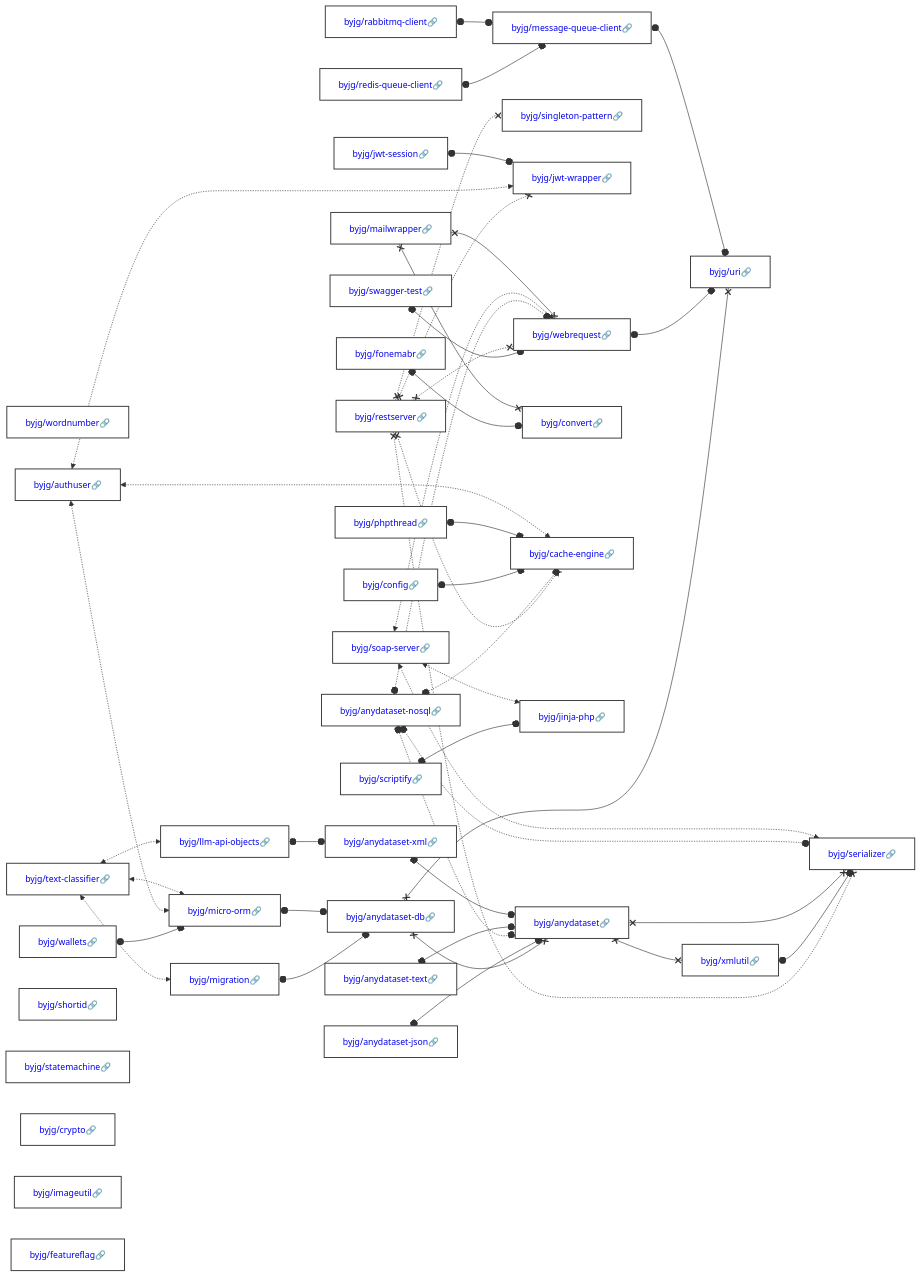
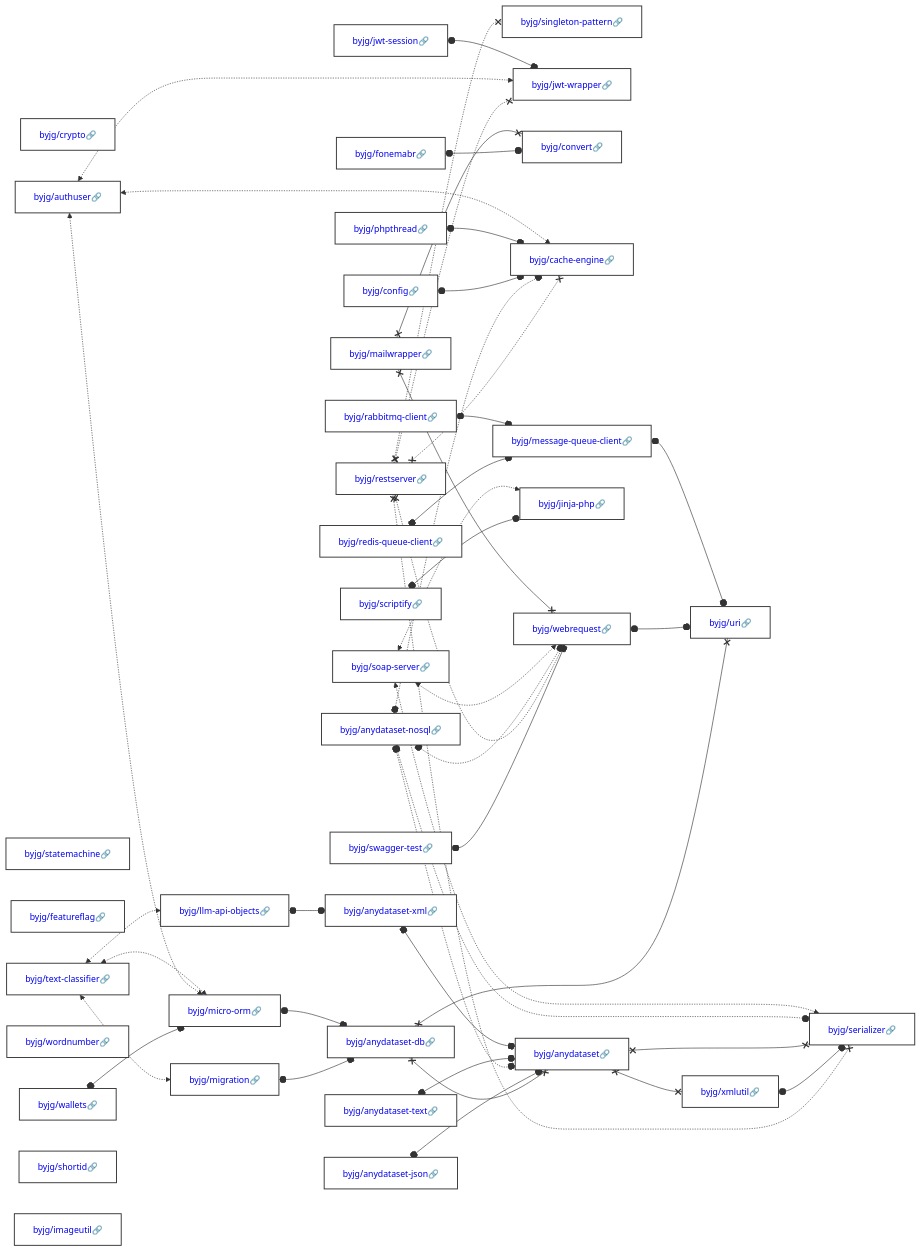
The diagram in docs/php/README.md (byjg/byjg.github.io), drawn with Mermaid before and after one commit. The commit also changed other lines of this file and 1 other file, not shown here.

Commit message:
Update documentation 'php' 'php-gluo'

````diff
--- a/docs/php/README.md
+++ b/docs/php/README.md
@@ -3,42 +3,42 @@
 ```mermaid
 graph LR;
+  byjg/config[<a href='https://opensource.byjg.com/docs/php/config' style='text-decoration:none'>byjg/config🔗</a>];
+  byjg/crypto[<a href='https://opensource.byjg.com/docs/php/crypto' style='text-decoration:none'>byjg/crypto🔗</a>];
+  byjg/scriptify[<a href='https://opensource.byjg.com/docs/php/scriptify' style='text-decoration:none'>byjg/scriptify🔗</a>];
+  byjg/text-classifier[<a href='https://opensource.byjg.com/docs/php/text-classifier' style='text-decoration:none'>byjg/text-classifier🔗</a>];
+  byjg/restserver[<a href='https://opensource.byjg.com/docs/php/restserver' style='text-decoration:none'>byjg/restserver🔗</a>];
+  byjg/statemachine[<a href='https://opensource.byjg.com/docs/php/statemachine' style='text-decoration:none'>byjg/statemachine🔗</a>];
+  byjg/anydataset-json[<a href='https://opensource.byjg.com/docs/php/anydataset-json' style='text-decoration:none'>byjg/anydataset-json🔗</a>];
   byjg/rabbitmq-client[<a href='https://opensource.byjg.com/docs/php/rabbitmq-client' style='text-decoration:none'>byjg/rabbitmq-client🔗</a>];
+  byjg/featureflag[<a href='https://opensource.byjg.com/docs/php/featureflag' style='text-decoration:none'>byjg/featureflag🔗</a>];
+  byjg/mailwrapper[<a href='https://opensource.byjg.com/docs/php/mailwrapper' style='text-decoration:none'>byjg/mailwrapper🔗</a>];
+  byjg/wallets[<a href='https://opensource.byjg.com/docs/php/wallets' style='text-decoration:none'>byjg/wallets🔗</a>];
   byjg/wordnumber[<a href='https://opensource.byjg.com/docs/php/wordnumber' style='text-decoration:none'>byjg/wordnumber🔗</a>];
+  byjg/jwt-session[<a href='https://opensource.byjg.com/docs/php/jwt-session' style='text-decoration:none'>byjg/jwt-session🔗</a>];
   byjg/authuser[<a href='https://opensource.byjg.com/docs/php/authuser' style='text-decoration:none'>byjg/authuser🔗</a>];
-  byjg/wallets[<a href='https://opensource.byjg.com/docs/php/wallets' style='text-decoration:none'>byjg/wallets🔗</a>];
+  byjg/anydataset-nosql[<a href='https://opensource.byjg.com/docs/php/anydataset-nosql' style='text-decoration:none'>byjg/anydataset-nosql🔗</a>];
+  byjg/shortid[<a href='https://opensource.byjg.com/docs/php/shortid' style='text-decoration:none'>byjg/shortid🔗</a>];
+  byjg/imageutil[<a href='https://opensource.byjg.com/docs/php/imageutil' style='text-decoration:none'>byjg/imageutil🔗</a>];
+  byjg/fonemabr[<a href='https://opensource.byjg.com/docs/php/fonemabr' style='text-decoration:none'>byjg/fonemabr🔗</a>];
+  byjg/phpthread[<a href='https://opensource.byjg.com/docs/php/phpthread' style='text-decoration:none'>byjg/phpthread🔗</a>];
   byjg/redis-queue-client[<a href='https://opensource.byjg.com/docs/php/redis-queue-client' style='text-decoration:none'>byjg/redis-queue-client🔗</a>];
   byjg/soap-server[<a href='https://opensource.byjg.com/docs/php/soap-server' style='text-decoration:none'>byjg/soap-server🔗</a>];
   byjg/anydataset-text[<a href='https://opensource.byjg.com/docs/php/anydataset-text' style='text-decoration:none'>byjg/anydataset-text🔗</a>];
-  byjg/text-classifier[<a href='https://opensource.byjg.com/docs/php/text-classifier' style='text-decoration:none'>byjg/text-classifier🔗</a>];
-  byjg/mailwrapper[<a href='https://opensource.byjg.com/docs/php/mailwrapper' style='text-decoration:none'>byjg/mailwrapper🔗</a>];
-  byjg/shortid[<a href='https://opensource.byjg.com/docs/php/shortid' style='text-decoration:none'>byjg/shortid🔗</a>];
-  byjg/statemachine[<a href='https://opensource.byjg.com/docs/php/statemachine' style='text-decoration:none'>byjg/statemachine🔗</a>];
-  byjg/phpthread[<a href='https://opensource.byjg.com/docs/php/phpthread' style='text-decoration:none'>byjg/phpthread🔗</a>];
-  byjg/restserver[<a href='https://opensource.byjg.com/docs/php/restserver' style='text-decoration:none'>byjg/restserver🔗</a>];
-  byjg/jwt-session[<a href='https://opensource.byjg.com/docs/php/jwt-session' style='text-decoration:none'>byjg/jwt-session🔗</a>];
-  byjg/anydataset-nosql[<a href='https://opensource.byjg.com/docs/php/anydataset-nosql' style='text-decoration:none'>byjg/anydataset-nosql🔗</a>];
   byjg/swagger-test[<a href='https://opensource.byjg.com/docs/php/swagger-test' style='text-decoration:none'>byjg/swagger-test🔗</a>];
-  byjg/fonemabr[<a href='https://opensource.byjg.com/docs/php/fonemabr' style='text-decoration:none'>byjg/fonemabr🔗</a>];
-  byjg/config[<a href='https://opensource.byjg.com/docs/php/config' style='text-decoration:none'>byjg/config🔗</a>];
-  byjg/crypto[<a href='https://opensource.byjg.com/docs/php/crypto' style='text-decoration:none'>byjg/crypto🔗</a>];
-  byjg/imageutil[<a href='https://opensource.byjg.com/docs/php/imageutil' style='text-decoration:none'>byjg/imageutil🔗</a>];
-  byjg/anydataset-json[<a href='https://opensource.byjg.com/docs/php/anydataset-json' style='text-decoration:none'>byjg/anydataset-json🔗</a>];
-  byjg/featureflag[<a href='https://opensource.byjg.com/docs/php/featureflag' style='text-decoration:none'>byjg/featureflag🔗</a>];
-  byjg/scriptify[<a href='https://opensource.byjg.com/docs/php/scriptify' style='text-decoration:none'>byjg/scriptify🔗</a>];
-  byjg/message-queue-client[<a href='https://opensource.byjg.com/docs/php/message-queue-client' style='text-decoration:none'>byjg/message-queue-client🔗</a>];
-  byjg/micro-orm[<a href='https://opensource.byjg.com/docs/php/micro-orm' style='text-decoration:none'>byjg/micro-orm🔗</a>];
   byjg/migration[<a href='https://opensource.byjg.com/docs/php/migration' style='text-decoration:none'>byjg/migration🔗</a>];
   byjg/llm-api-objects[<a href='https://opensource.byjg.com/docs/php/llm-api-objects' style='text-decoration:none'>byjg/llm-api-objects🔗</a>];
   byjg/singleton-pattern[<a href='https://opensource.byjg.com/docs/php/singleton-pattern' style='text-decoration:none'>byjg/singleton-pattern🔗</a>];
+  byjg/micro-orm[<a href='https://opensource.byjg.com/docs/php/micro-orm' style='text-decoration:none'>byjg/micro-orm🔗</a>];
   byjg/jwt-wrapper[<a href='https://opensource.byjg.com/docs/php/jwt-wrapper' style='text-decoration:none'>byjg/jwt-wrapper🔗</a>];
-  byjg/webrequest[<a href='https://opensource.byjg.com/docs/php/webrequest' style='text-decoration:none'>byjg/webrequest🔗</a>];
   byjg/convert[<a href='https://opensource.byjg.com/docs/php/convert' style='text-decoration:none'>byjg/convert🔗</a>];
   byjg/cache-engine[<a href='https://opensource.byjg.com/docs/php/cache-engine' style='text-decoration:none'>byjg/cache-engine🔗</a>];
+  byjg/message-queue-client[<a href='https://opensource.byjg.com/docs/php/message-queue-client' style='text-decoration:none'>byjg/message-queue-client🔗</a>];
   byjg/jinja-php[<a href='https://opensource.byjg.com/docs/php/jinja-php' style='text-decoration:none'>byjg/jinja-php🔗</a>];
+  byjg/webrequest[<a href='https://opensource.byjg.com/docs/php/webrequest' style='text-decoration:none'>byjg/webrequest🔗</a>];
+  byjg/anydataset-xml[<a href='https://opensource.byjg.com/docs/php/anydataset-xml' style='text-decoration:none'>byjg/anydataset-xml🔗</a>];
   byjg/anydataset-db[<a href='https://opensource.byjg.com/docs/php/anydataset-db' style='text-decoration:none'>byjg/anydataset-db🔗</a>];
-  byjg/anydataset-xml[<a href='https://opensource.byjg.com/docs/php/anydataset-xml' style='text-decoration:none'>byjg/anydataset-xml🔗</a>];
+  byjg/anydataset[<a href='https://opensource.byjg.com/docs/php/anydataset' style='text-decoration:none'>byjg/anydataset🔗</a>];
   byjg/uri[<a href='https://opensource.byjg.com/docs/php/uri' style='text-decoration:none'>byjg/uri🔗</a>];
-  byjg/anydataset[<a href='https://opensource.byjg.com/docs/php/anydataset' style='text-decoration:none'>byjg/anydataset🔗</a>];
   byjg/xmlutil[<a href='https://opensource.byjg.com/docs/php/xmlutil' style='text-decoration:none'>byjg/xmlutil🔗</a>];
   byjg/serializer[<a href='https://opensource.byjg.com/docs/php/serializer' style='text-decoration:none'>byjg/serializer🔗</a>];
   byjg/anydataset-db x--x byjg/anydataset;
````
